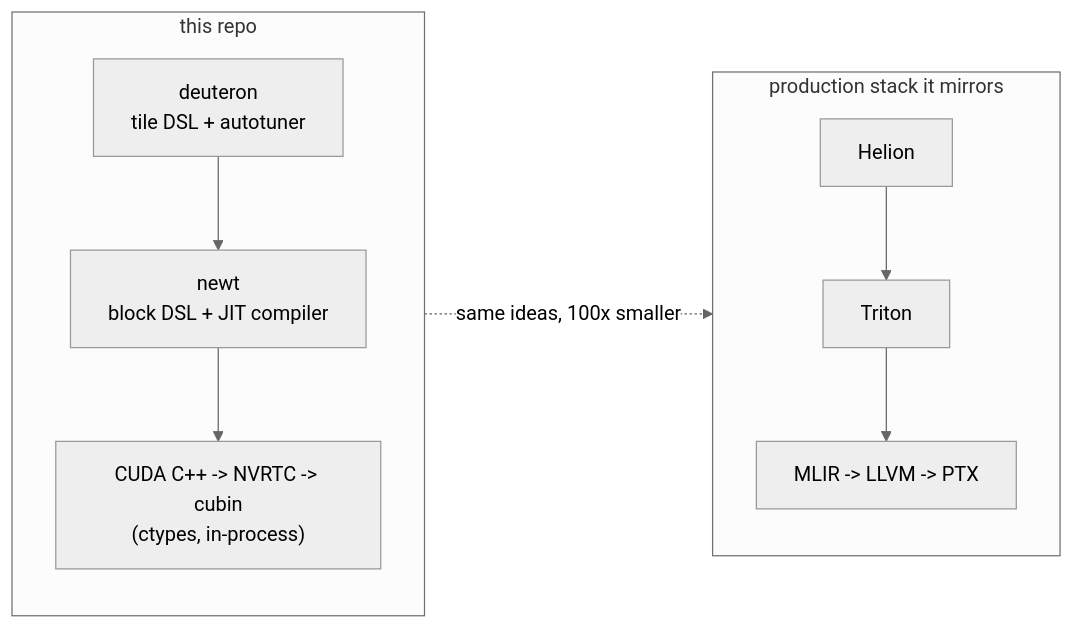
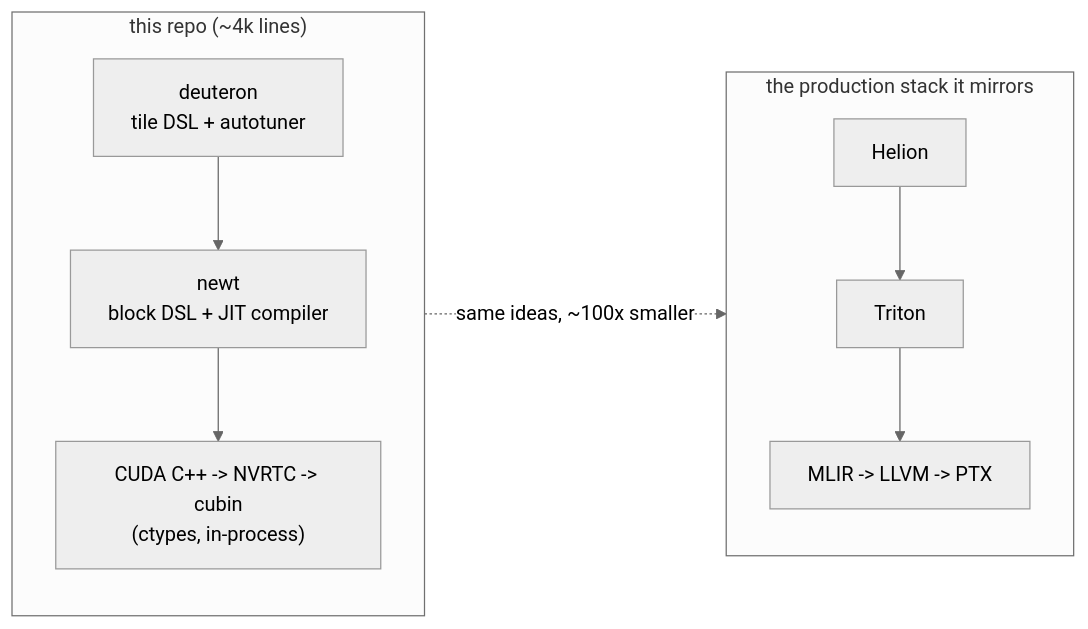
One commit to arpitsinghgautam/newt changed the first of 3 diagrams in README.md. Above: the diagram before and after it, drawn with Mermaid (neutral theme). The commit also changed other lines of this file and 2 other files, not shown here.

````diff
--- a/README.md
+++ b/README.md
@@ -15,12 +24,12 @@
 ```mermaid
 flowchart LR
-    subgraph mini["this repo"]
+    subgraph mini["this repo (~4k lines)"]
         D["deuteron<br/>tile DSL + autotuner"] --> N["newt<br/>block DSL + JIT compiler"]
         N --> CU["CUDA C++ -> NVRTC -> cubin<br/>(ctypes, in-process)"]
     end
-    subgraph prod["production stack it mirrors"]
+    subgraph prod["the production stack it mirrors"]
         H["Helion"] --> T["Triton"]
         T --> M["MLIR -> LLVM -> PTX"]
     end
-    mini -.->|same ideas, 100x smaller| prod
+    mini -.->|same ideas, ~100x smaller| prod
 ```
````
